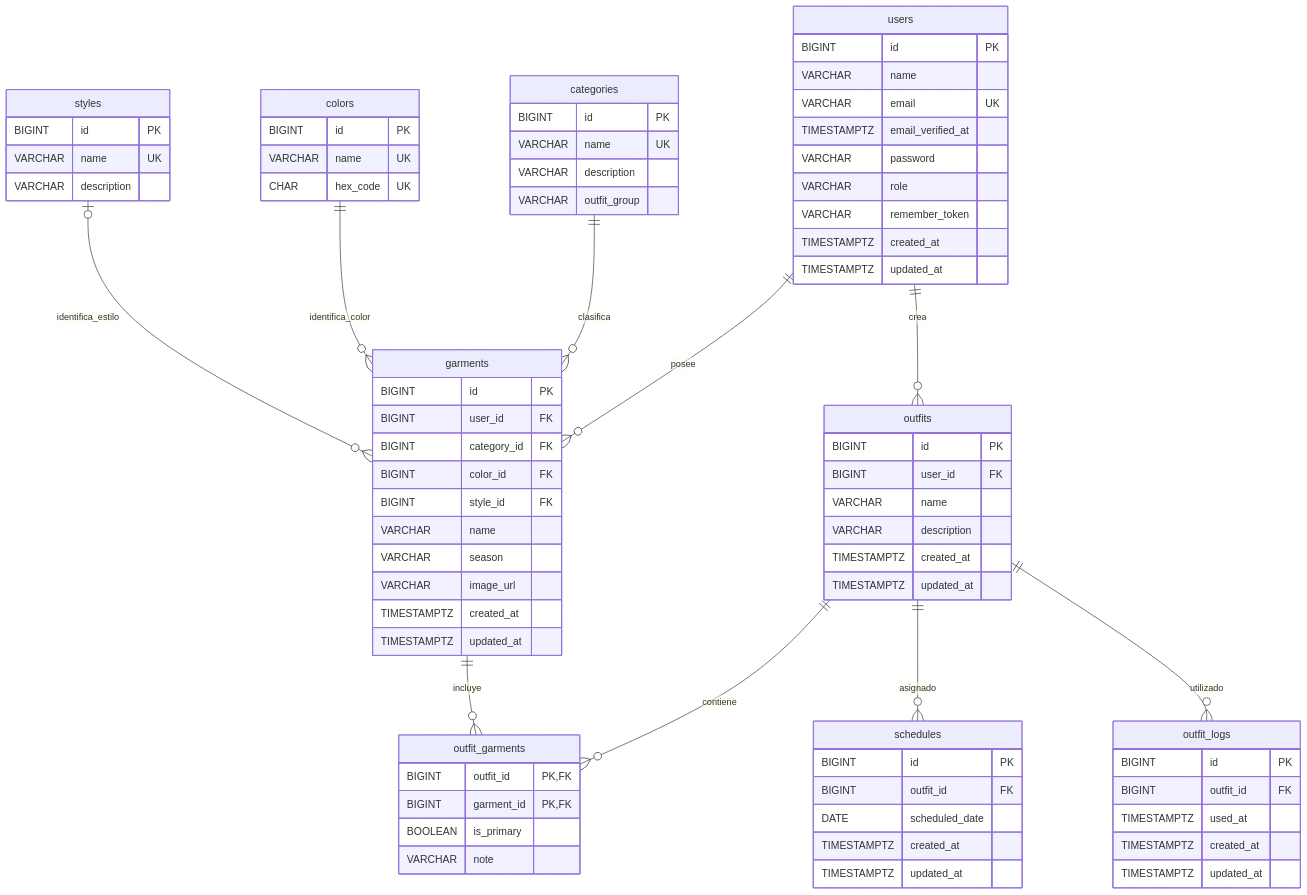
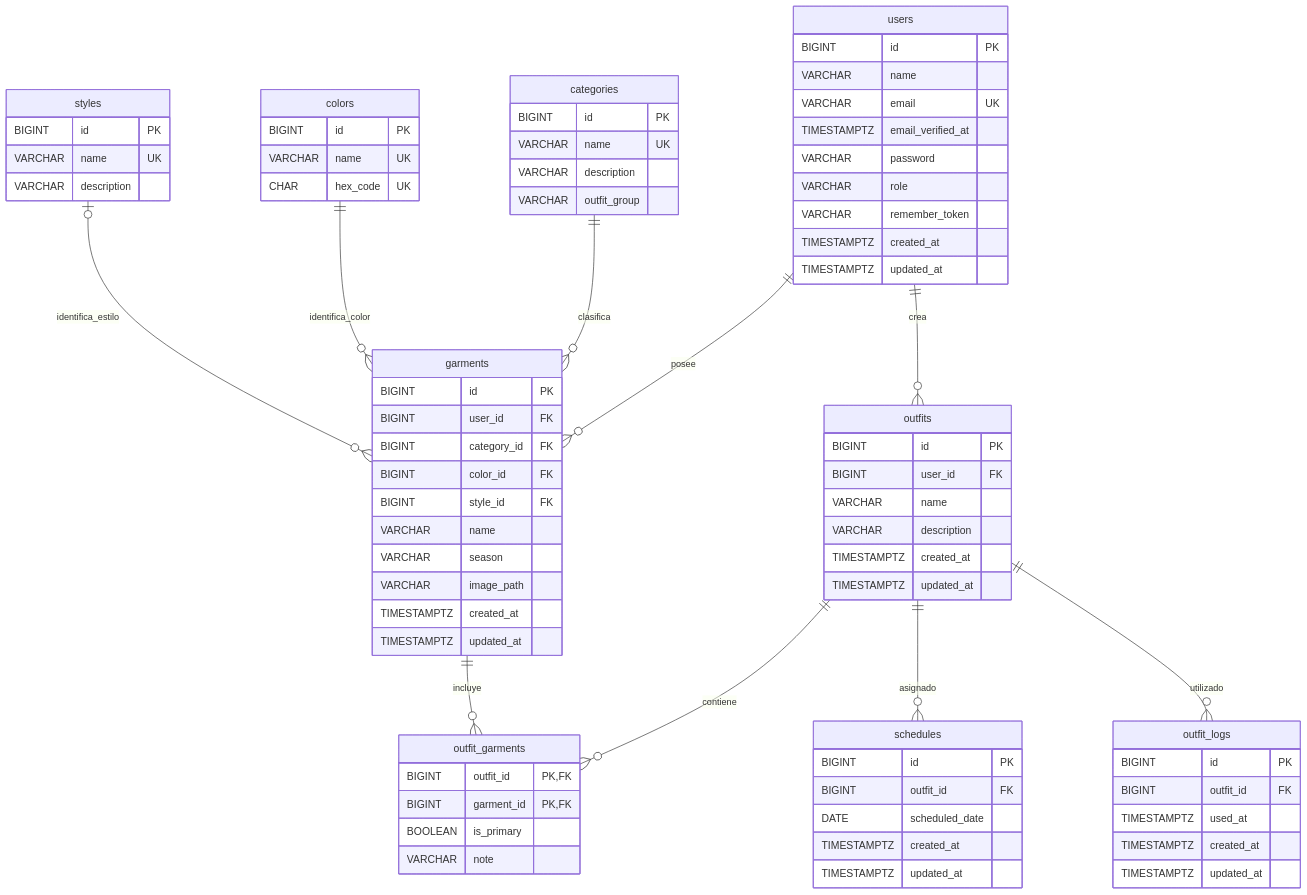
The diagram in docs/der.md (SaraArniella27143/daw-proyecto-smartstylist), drawn with Mermaid before and after one commit. The commit also changed 13 other files, not shown here.

```diff
--- a/docs/der.md
+++ b/docs/der.md
@@ -53,7 +53,7 @@
         BIGINT style_id FK
         VARCHAR name
         VARCHAR season
-        VARCHAR image_url
+        VARCHAR image_path
         TIMESTAMPTZ created_at
         TIMESTAMPTZ updated_at
     }
```
